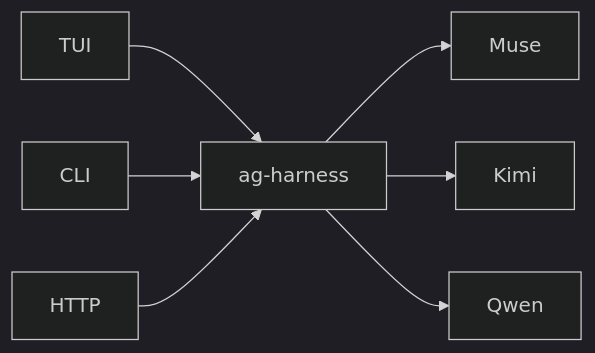
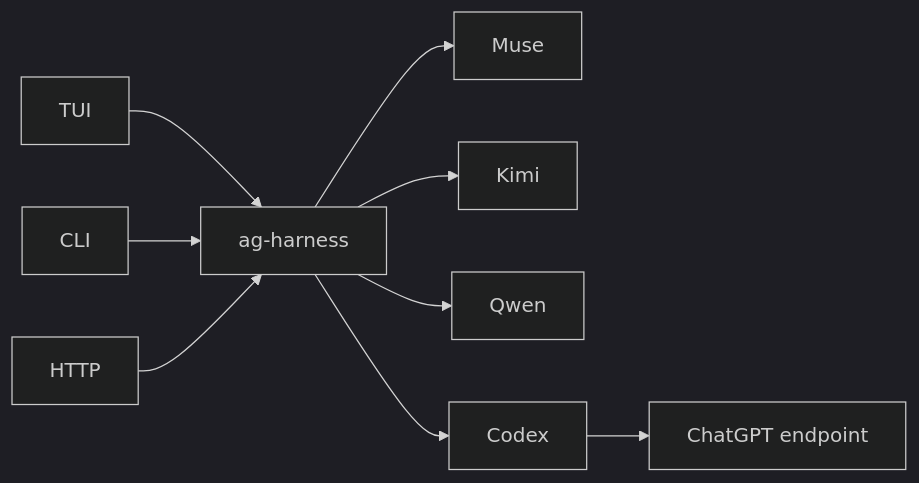
The first of 5 diagrams in docs/site/content/docs/architecture/ag-harness-design.md (agentty-xyz/agentty), drawn with Mermaid (dark theme) before and after one commit. The commit also changed other lines of this file and 24 other files, not shown here.

First line of the commit message:
Support ChatGPT-subscription Codex

````diff
--- a/docs/site/content/docs/architecture/ag-harness-design.md
+++ b/docs/site/content/docs/architecture/ag-harness-design.md
@@ -14,9 +14,11 @@
 ```mermaid
 flowchart LR
     T["TUI"] --> H["ag-harness"]
     C["CLI"] --> H
     W["HTTP"] --> H
     H --> M["Muse"]
     H --> K["Kimi"]
     H --> Q["Qwen"]
+    H --> X["Codex"]
+    X --> A["ChatGPT endpoint"]
 ```
````
